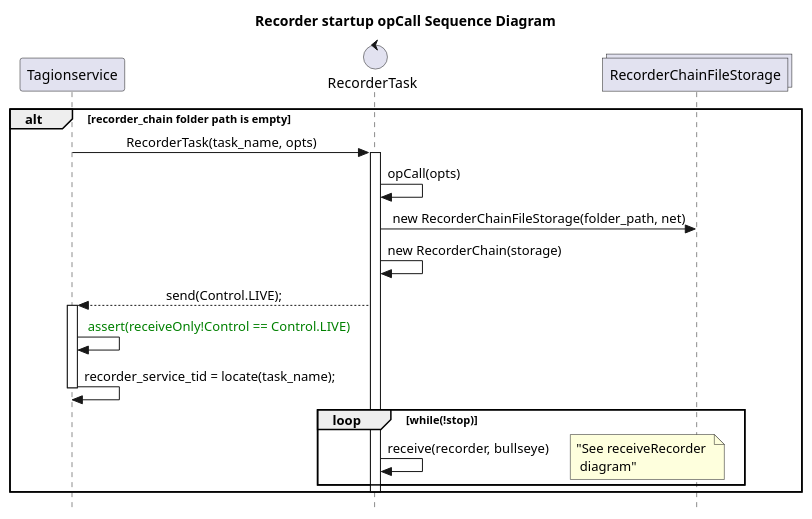
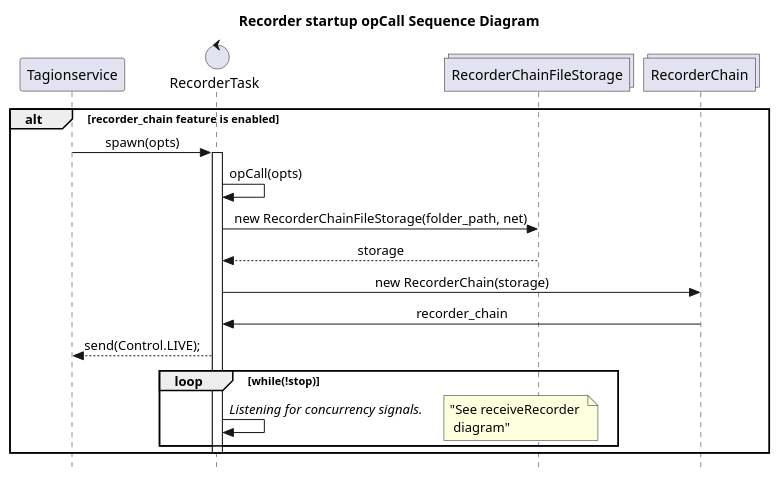
One commit to tagion/tagion changed the diagram in src/lib-services/uml/Recorder/RecorderStartup.wsd. Above: the diagram before and after it, drawn with PlantUML. The commit also changed 1 other file, not shown here.

```diff
--- a/src/lib-services/uml/Recorder/RecorderStartup.wsd
+++ b/src/lib-services/uml/Recorder/RecorderStartup.wsd
@@ -1,34 +1,34 @@
 @startuml
 
 skinparam Style strictuml
 skinparam SequenceMessageAlign center
 hide empty description
 title Recorder startup opCall Sequence Diagram
 
 participant Tagionservice as task
 control RecorderTask as recordertask
 collections RecorderChainFileStorage as storage
+collections RecorderChain as chain
 
-alt recorder_chain folder path is empty 
-    task -> recordertask : RecorderTask(task_name, opts)
+alt recorder_chain feature is enabled 
+    task -> recordertask : spawn(opts)
 activate recordertask
 recordertask -> recordertask : opCall(opts)
 recordertask -> storage : new RecorderChainFileStorage(folder_path, net)
-recordertask -> recordertask : new RecorderChain(storage)
+storage --> recordertask : storage
+recordertask -> chain : new RecorderChain(storage)
+chain -> recordertask : recorder_chain
+
 recordertask --> task : send(Control.LIVE);
-activate task
-task -> task : <color green> assert(receiveOnly!Control == Control.LIVE) </color> 
-task -> task : recorder_service_tid = locate(task_name);
-deactivate task
 
 loop while(!stop)
-    recordertask -> recordertask : receive(recorder, bullseye)
+    recordertask -> recordertask : //Listening for concurrency signals.//
     note right : "See receiveRecorder \n diagram" 
 end
 deactivate recordertask
 
 
 end
 
 
 @enduml
```
